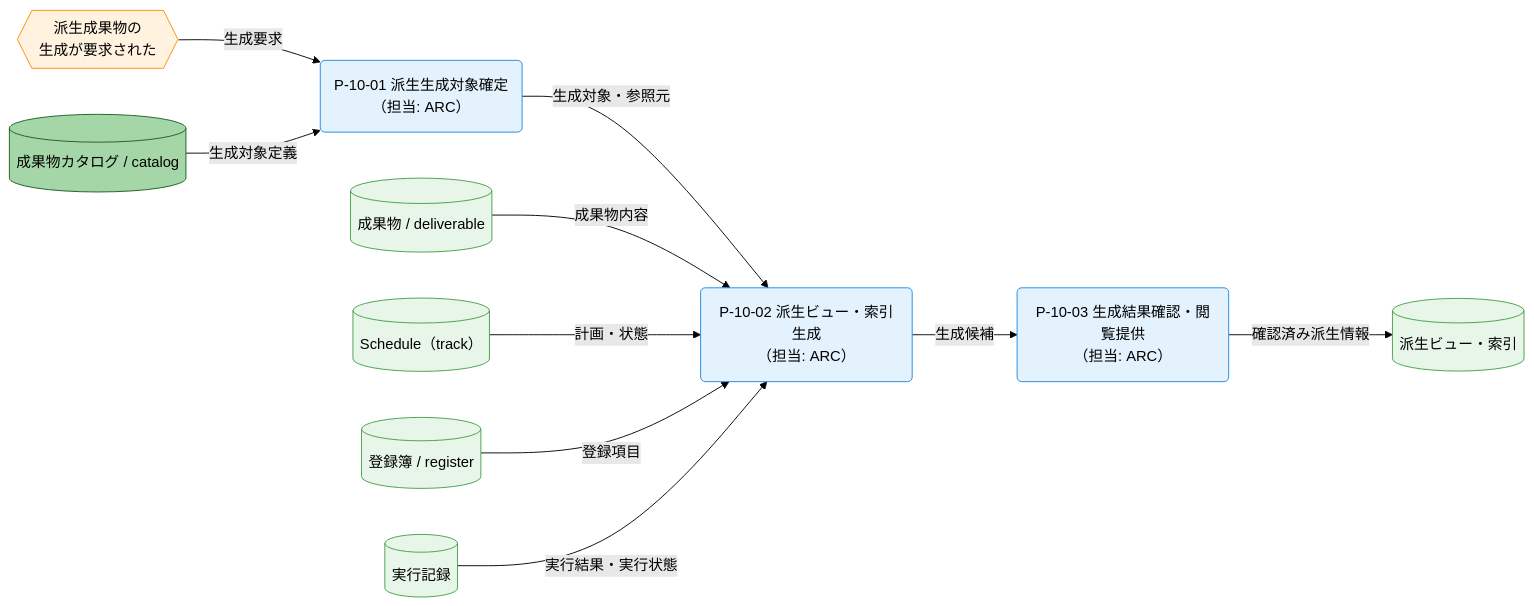
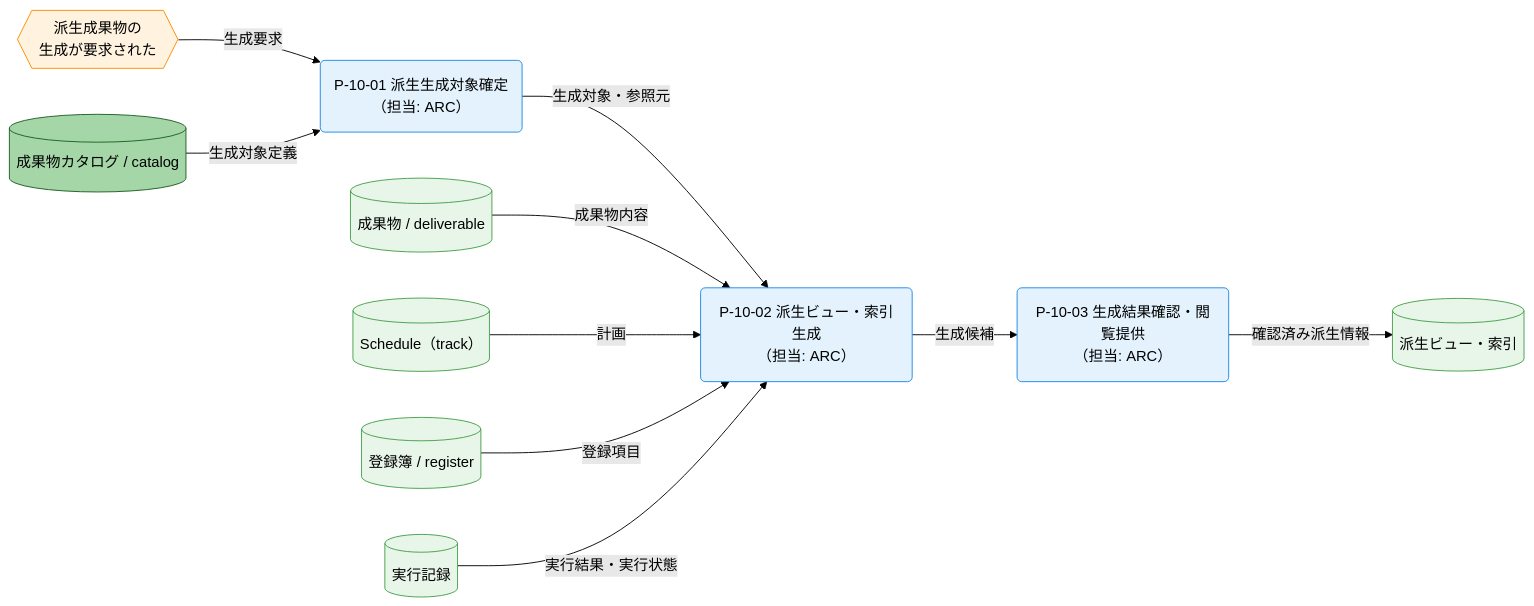
The third of 3 diagrams in docs/ja/product/010-business-specs/010-data-flow/cdfd-check.md (specdojo/specdojo), drawn with Mermaid (forest theme) before and after one commit. The commit also changed other lines of this file and 5 other files, not shown here.

````diff
--- a/docs/ja/product/010-business-specs/010-data-flow/cdfd-check.md
+++ b/docs/ja/product/010-business-specs/010-data-flow/cdfd-check.md
@@ -245,33 +245,33 @@
 ```mermaid
 flowchart LR
   classDef process fill:#e3f2fd,stroke:#1e88e5,color:#000
   classDef event fill:#fff3e0,stroke:#fb8c00,color:#000
   classDef storeMaster fill:#a5d6a7,stroke:#1b5e20,color:#000
   classDef storeTransaction fill:#e8f5e9,stroke:#43a047,color:#000
 
   生成要求{{"派生成果物の<br>生成が要求された"}}
   派生生成対象確定("P-10-01 派生生成対象確定<br>（担当: ARC）")
   派生生成("P-10-02 派生ビュー・索引生成<br>（担当: ARC）")
   生成結果確認("P-10-03 生成結果確認・閲覧提供<br>（担当: ARC）")
   成果物カタログ[("成果物カタログ / catalog")]
   成果物[("成果物 / deliverable")]
   Schedule[("Schedule（track）")]
   登録簿[("登録簿 / register")]
   実行記録[("実行記録")]
   派生ビュー索引[("派生ビュー・索引")]
 
   生成要求 -->|"生成要求"| 派生生成対象確定
   成果物カタログ -->|"生成対象定義"| 派生生成対象確定
   派生生成対象確定 -->|"生成対象・参照元"| 派生生成
   成果物 -->|"成果物内容"| 派生生成
-  Schedule -->|"計画・状態"| 派生生成
+  Schedule -->|"計画"| 派生生成
   登録簿 -->|"登録項目"| 派生生成
   実行記録 -->|"実行結果・実行状態"| 派生生成
   派生生成 -->|"生成候補"| 生成結果確認
   生成結果確認 -->|"確認済み派生情報"| 派生ビュー索引
 
   class 派生生成対象確定,派生生成,生成結果確認 process
   class 生成要求 event
   class 成果物カタログ storeMaster
   class 成果物,Schedule,登録簿,実行記録,派生ビュー索引 storeTransaction
 ```
````
